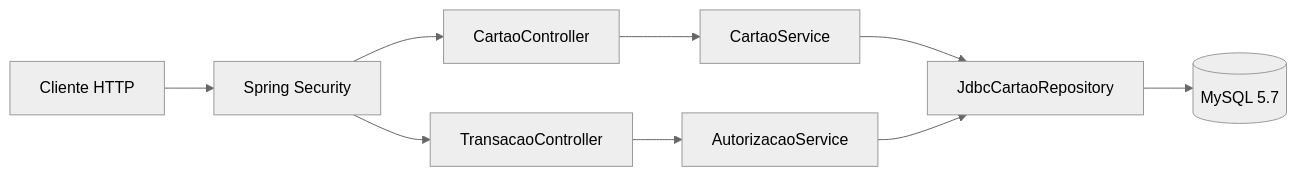
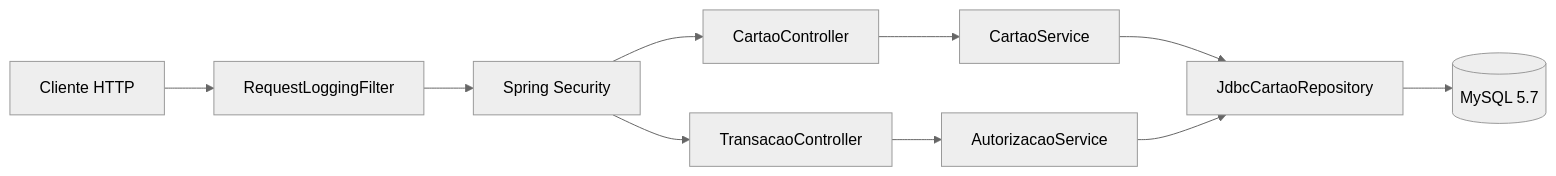
One commit to AdrielDev/mini-autorizador changed the diagram in README.md. Above: the diagram before and after it, drawn with Mermaid (neutral theme). The commit also changed other lines of this file and 8 other files, not shown here.

````diff
--- a/README.md
+++ b/README.md
@@ -221,11 +221,12 @@
 ```mermaid
 flowchart LR
-    Cliente["Cliente HTTP"] --> Seguranca["Spring Security"]
+    Cliente["Cliente HTTP"] --> Requisicoes["RequestLoggingFilter"]
+    Requisicoes --> Seguranca["Spring Security"]
     Seguranca --> CartaoController["CartaoController"]
     Seguranca --> TransacaoController["TransacaoController"]
     CartaoController --> CartaoService["CartaoService"]
     TransacaoController --> AutorizacaoService["AutorizacaoService"]
     CartaoService --> Repositorio["JdbcCartaoRepository"]
     AutorizacaoService --> Repositorio
     Repositorio --> Banco[("MySQL 5.7")]
 ```
````
